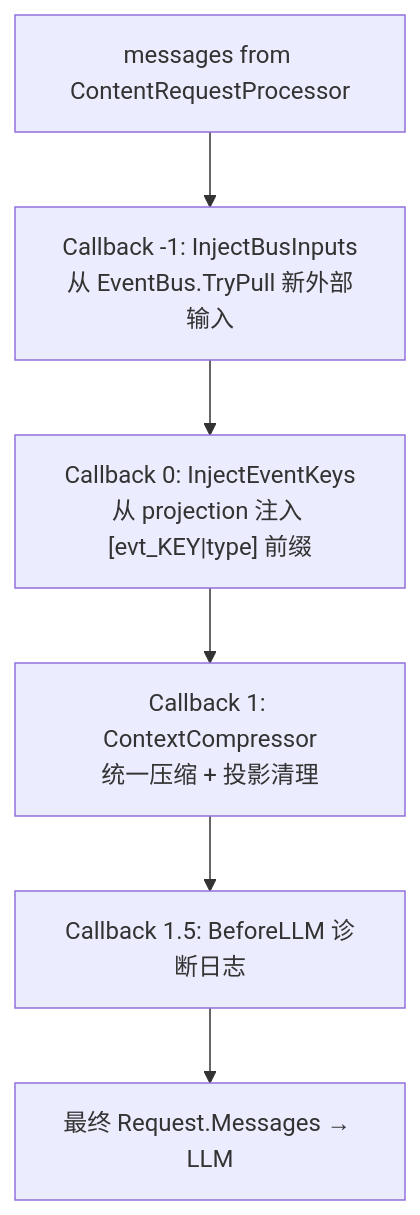
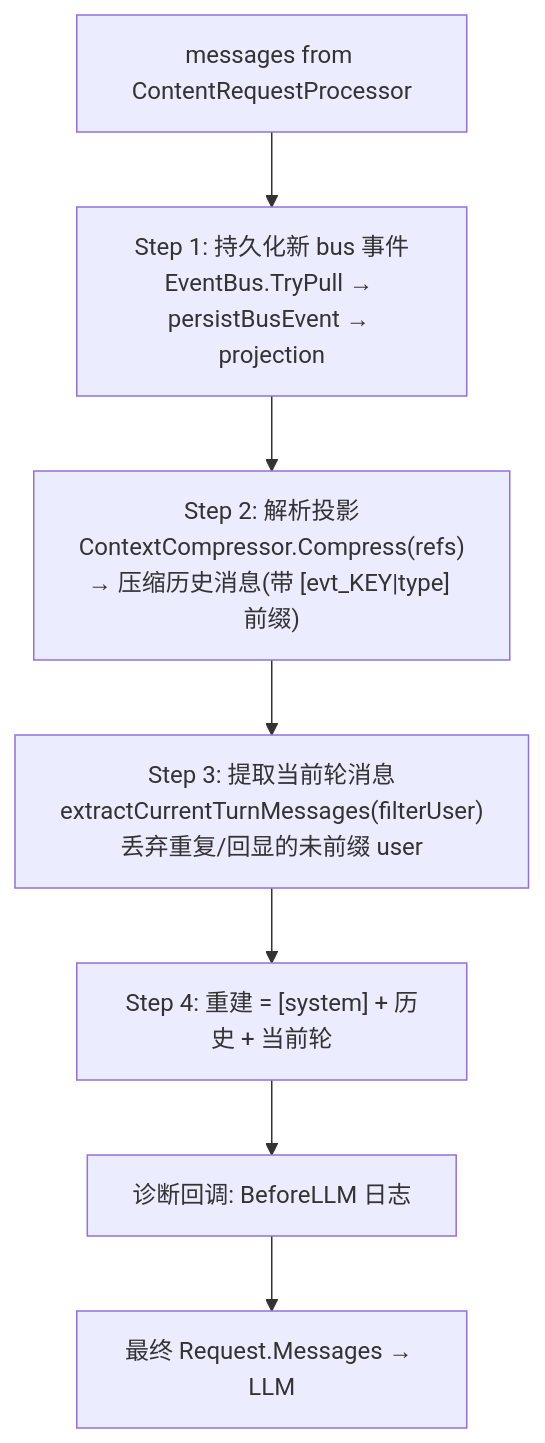
Before and after one commit to SpellingDragon/tagent: the third of 7 diagrams in docs/wiki/agent/event-flow.md, drawn with Mermaid. The commit also changed other lines of this file and 8 other files, not shown here.

````diff
--- a/docs/wiki/agent/event-flow.md
+++ b/docs/wiki/agent/event-flow.md
@@ -43,10 +45,10 @@
 ```mermaid
 graph TD
-    M[messages from ContentRequestProcessor] --> C0
-
-    C0["Callback -1: InjectBusInputs<br/>从 EventBus.TryPull 新外部输入"]
-    C0 --> C1["Callback 0: InjectEventKeys<br/>从 projection 注入 [evt_KEY|type] 前缀"]
-    C1 --> C2["Callback 1: ContextCompressor<br/>统一压缩 + 投影清理"]
-    C2 --> C3["Callback 1.5: BeforeLLM 诊断日志"]
-    C3 --> OUT[最终 Request.Messages → LLM]
+    M[messages from ContentRequestProcessor] --> S1
+    S1["Step 1: 持久化新 bus 事件<br/>EventBus.TryPull → persistBusEvent → projection"]
+    S1 --> S2["Step 2: 解析投影<br/>ContextCompressor.Compress(refs)<br/>→ 压缩历史消息(带 [evt_KEY|type] 前缀)"]
+    S2 --> S3["Step 3: 提取当前轮消息<br/>extractCurrentTurnMessages(filterUser)<br/>丢弃重复/回显的未前缀 user"]
+    S3 --> S4["Step 4: 重建 = [system] + 历史 + 当前轮"]
+    S4 --> DIAG["诊断回调: BeforeLLM 日志"]
+    DIAG --> OUT[最终 Request.Messages → LLM]
 ```
````
